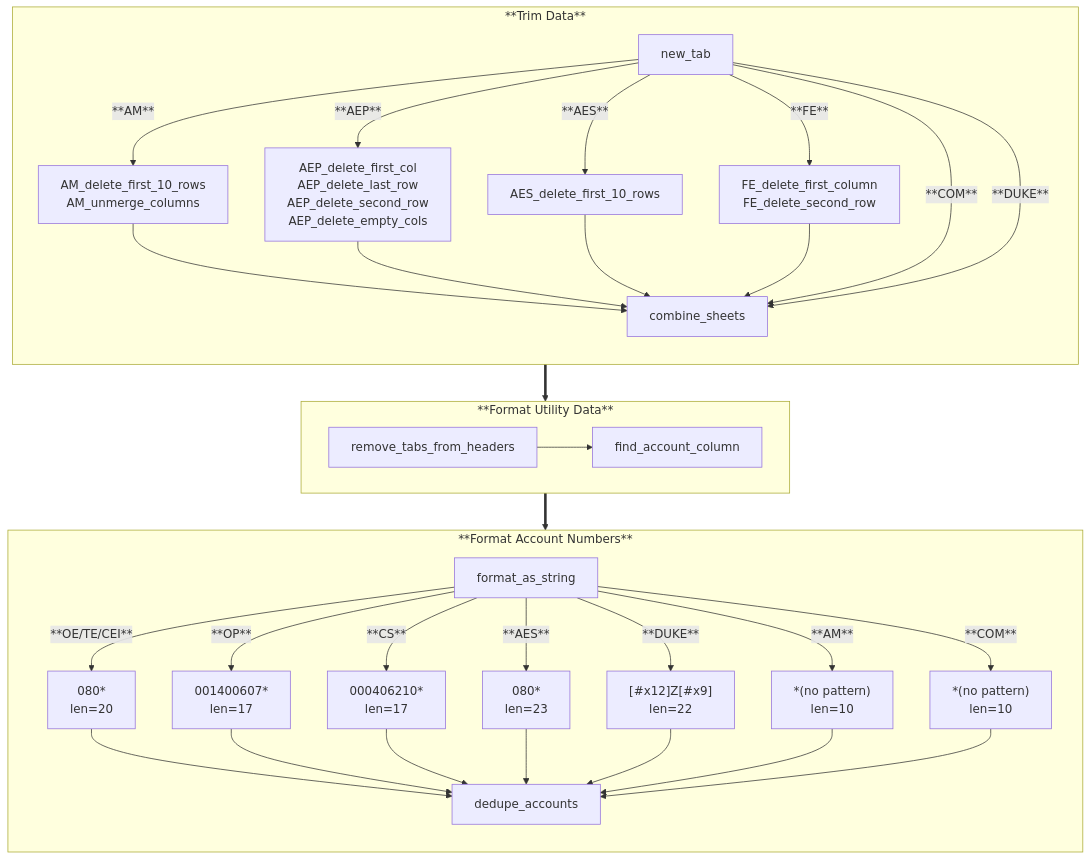
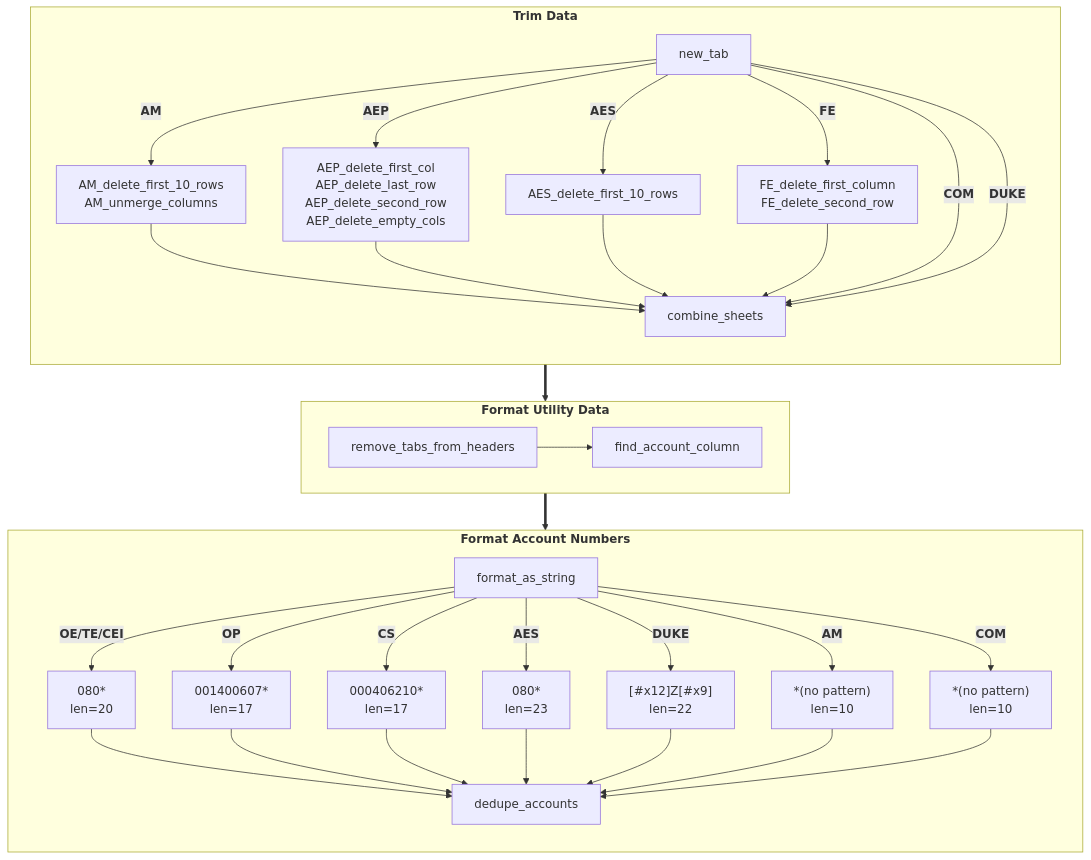
One commit to vistra-muniagg/List-Management-Tool changed the third of 8 diagrams in DIAGRAMS.md. Above: the diagram before and after it, drawn with Mermaid. The commit also changed other lines of this file, not shown here.

Commit message:
Update diagram formatting for better readability

```diff
--- a/DIAGRAMS.md
+++ b/DIAGRAMS.md
@@ -115,7 +115,7 @@
 
 graph TD
 
-    subgraph Trim_Data["**Trim Data**"]
+    subgraph Trim_Data["<b>Trim Data</b>"]
     direction TB
         %%AM --> combine_sheets
         %%AES --> combine_sheets
@@ -124,14 +124,14 @@
         %%DUKE --> combine_sheets
         %%FE --> combine_sheets
         %%AM---AEP---AES---COM---DUKE---FE
-        new_tab -->|"**AM**"| trim_AM["AM_delete_first_10_rows<br>AM_unmerge_columns"] --> combine_sheets
-        new_tab -->|"**AEP**"| trim_AEP["AEP_delete_first_col<br>AEP_delete_last_row<br>AEP_delete_second_row<br>AEP_delete_empty_cols"] --> combine_sheets
-        new_tab -->|"**AES**"| trim_AES["AES_delete_first_10_rows"] --> combine_sheets
-        new_tab -->|"**FE**"| trim_FE["FE_delete_first_column<br>FE_delete_second_row"] --> combine_sheets
-        %%new_tab -->|"**COM**"| no_action["do nothing"] --> combine_sheets
-        %%new_tab -->|"**DUKE**"| no_action["do nothing"] -->combine_sheets
-        new_tab -->|"**COM**"| combine_sheets
-        new_tab -->|"**DUKE**"| combine_sheets
+        new_tab -->|"<b>AM</b>"| trim_AM["AM_delete_first_10_rows<br>AM_unmerge_columns"] --> combine_sheets
+        new_tab -->|"<b>AEP</b>"| trim_AEP["AEP_delete_first_col<br>AEP_delete_last_row<br>AEP_delete_second_row<br>AEP_delete_empty_cols"] --> combine_sheets
+        new_tab -->|"<b>AES</b>"| trim_AES["AES_delete_first_10_rows"] --> combine_sheets
+        new_tab -->|"<b>FE</b>"| trim_FE["FE_delete_first_column<br>FE_delete_second_row"] --> combine_sheets
+        %%new_tab -->|"<b>COM</b>"| no_action["do nothing"] --> combine_sheets
+        %%new_tab -->|"<b>DUKE</b>"| no_action["do nothing"] -->combine_sheets
+        new_tab -->|"<b>COM</b>"| combine_sheets
+        new_tab -->|"<b>DUKE</b>"| combine_sheets
         
 
     end
@@ -156,20 +156,20 @@
     %%    trim_FE["FE_delete_first_column<br>FE_delete_second_row"]
     %%end
 
-    subgraph Format_Utility_Data["**Format Utility Data**"]
+    subgraph Format_Utility_Data["<b>Format Utility Data</b>"]
     direction LR
         remove_tabs_from_headers --> find_account_column
     end
 
-    subgraph Format_Account_Numbers["**Format Account Numbers**"]
+    subgraph Format_Account_Numbers["<b>Format Account Numbers</b>"]
     direction TB
-        format_as_string -->|"**OE/TE/CEI**"| A["080*<br>len=20"]
-        format_as_string -->|"**OP**"| B["001400607*<br>len=17"]
-        format_as_string -->|"**CS**"| C["000406210*<br>len=17"]
-        format_as_string -->|"**AES**"| D["080*<br>len=23"]
-        format_as_string -->|"**DUKE**"| E["[#x12]Z[#x9]<br>len=22"]
-        format_as_string -->|"**AM**"| F["*(no pattern)<br>len=10"]
-        format_as_string -->|"**COM**"| G["*(no pattern)<br>len=10"]
+        format_as_string -->|"<b>OE/TE/CEI</b>"| A["080*<br>len=20"]
+        format_as_string -->|"<b>OP</b>"| B["001400607*<br>len=17"]
+        format_as_string -->|"<b>CS</b>"| C["000406210*<br>len=17"]
+        format_as_string -->|"<b>AES</b>"| D["080*<br>len=23"]
+        format_as_string -->|"<b>DUKE</b>"| E["[#x12]Z[#x9]<br>len=22"]
+        format_as_string -->|"<b>AM</b>"| F["*(no pattern)<br>len=10"]
+        format_as_string -->|"<b>COM</b>"| G["*(no pattern)<br>len=10"]
         %%A-.->B-.->C-.->D-.->E-.->F-.->G
         A--> dedupe_accounts
         B--> dedupe_accounts
```
